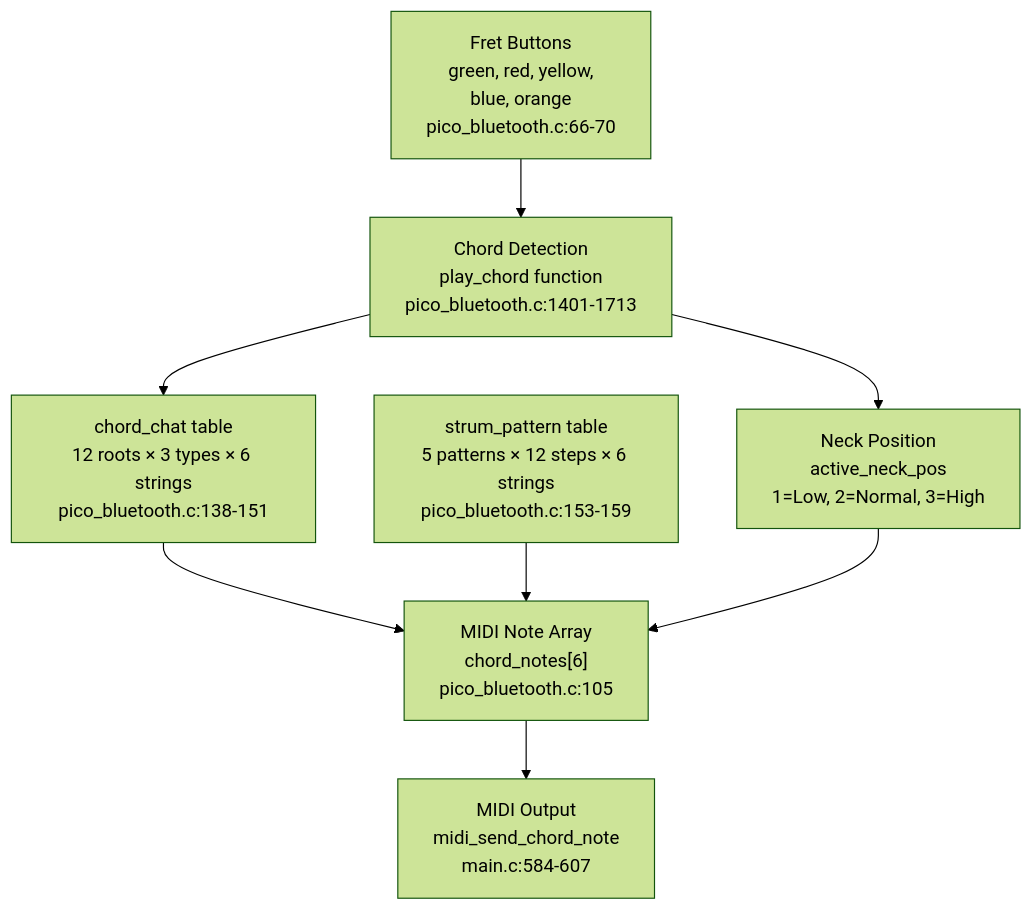
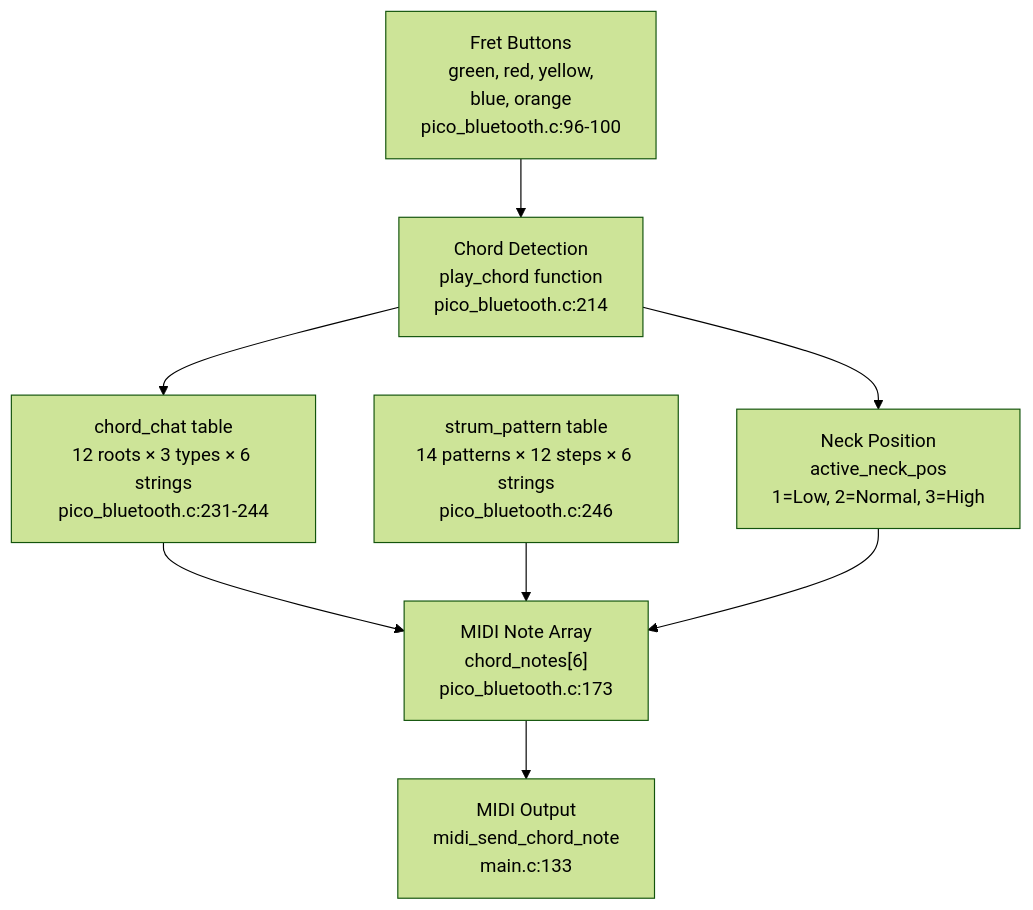
One commit to Jus-Be/orinayo-pico changed the fourth of 7 diagrams in wiki/1-orinayo-overview.md. Above: the diagram before and after it, drawn with Mermaid (forest theme). The commit also changed other lines of this file and 42 other files, not shown here.

````diff
--- a/wiki/1-orinayo-overview.md
+++ b/wiki/1-orinayo-overview.md
@@ -197,19 +228,19 @@
 ```mermaid
 flowchart TD
 
-Buttons["Fret Buttons<br>green, red, yellow,<br>blue, orange<br>pico_bluetooth.c:66-70"]
-Detect["Chord Detection<br>play_chord function<br>pico_bluetooth.c:1401-1713"]
-ChordChat["chord_chat table<br>12 roots × 3 types × 6 strings<br>pico_bluetooth.c:138-151"]
-StrumPat["strum_pattern table<br>5 patterns × 12 steps × 6 strings<br>pico_bluetooth.c:153-159"]
+Buttons["Fret Buttons<br>green, red, yellow,<br>blue, orange<br>pico_bluetooth.c:96-100"]
+Detect["Chord Detection<br>play_chord function<br>pico_bluetooth.c:214"]
+ChordChat["chord_chat table<br>12 roots × 3 types × 6 strings<br>pico_bluetooth.c:231-244"]
+StrumPat["strum_pattern table<br>14 patterns × 12 steps × 6 strings<br>pico_bluetooth.c:246"]
 NeckPos["Neck Position<br>active_neck_pos<br>1=Low, 2=Normal, 3=High"]
-Notes["MIDI Note Array<br>chord_notes[6]<br>pico_bluetooth.c:105"]
-Output["MIDI Output<br>midi_send_chord_note<br>main.c:584-607"]
+Notes["MIDI Note Array<br>chord_notes[6]<br>pico_bluetooth.c:173"]
+Output["MIDI Output<br>midi_send_chord_note<br>main.c:133"]
 
 Buttons --> Detect
 Detect --> ChordChat
 Detect --> NeckPos
 ChordChat --> Notes
 StrumPat --> Notes
 NeckPos --> Notes
 Notes --> Output
 ```
````
